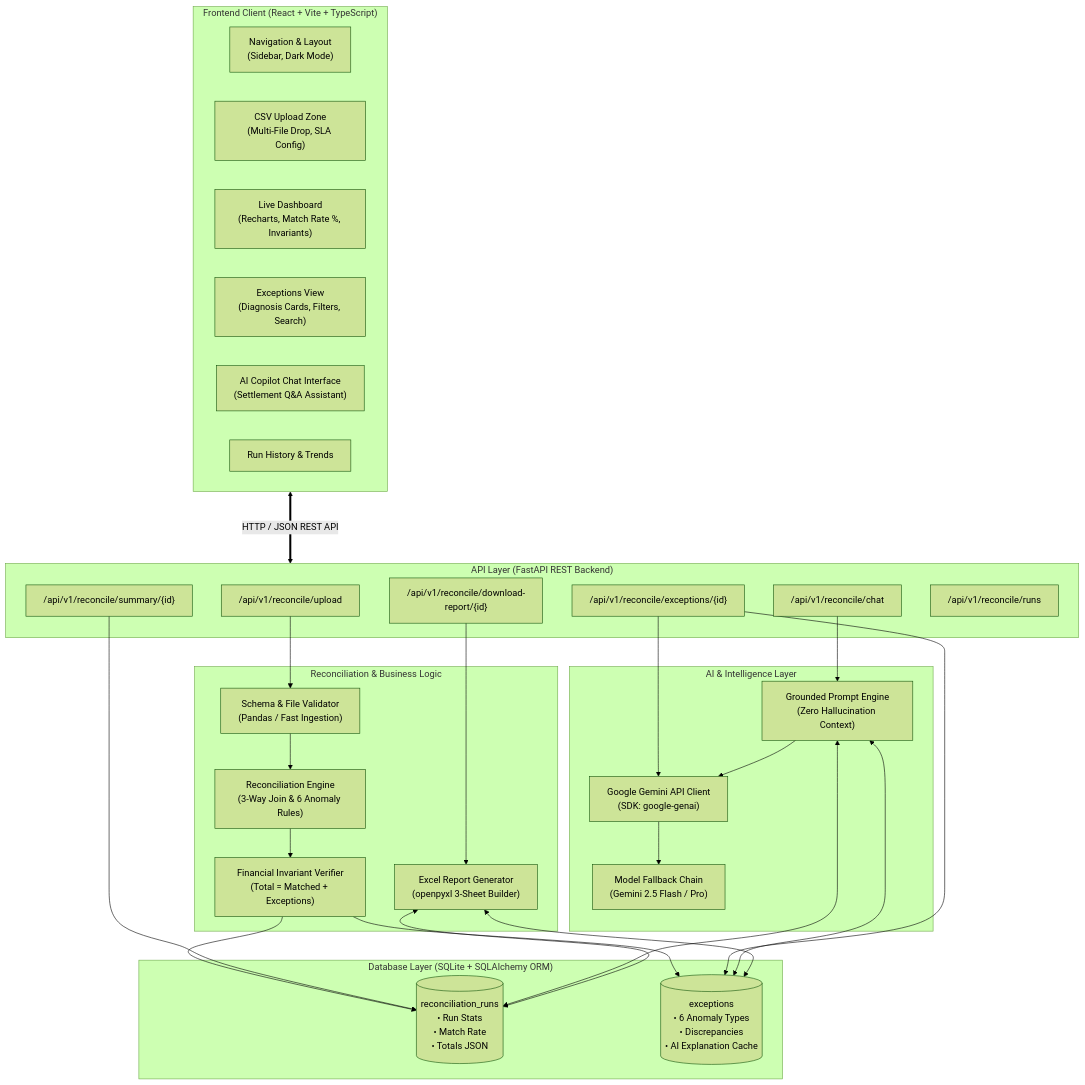
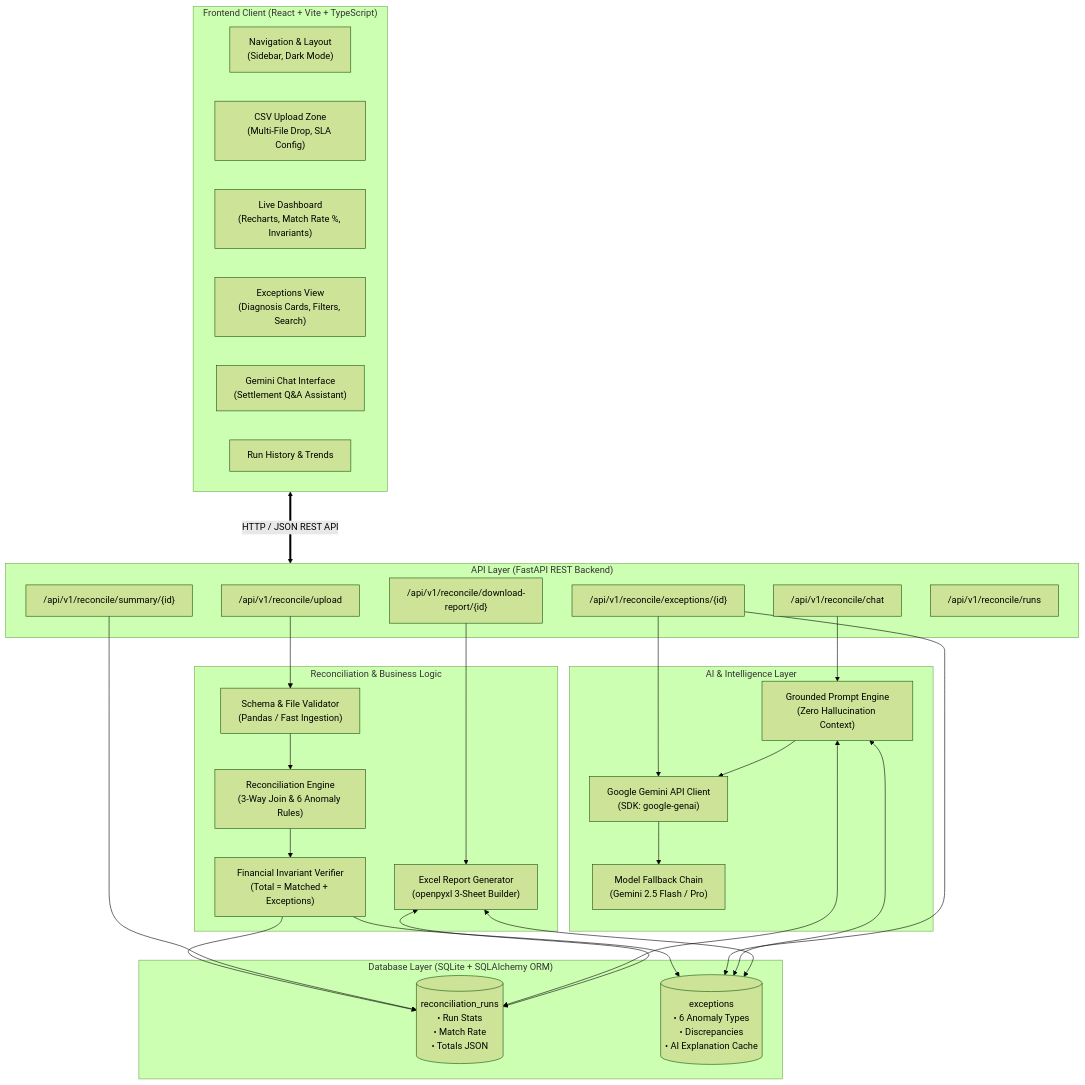
One commit to Sanjay006-28/razorrecon-ai changed the diagram in README.md. Above: the diagram before and after it, drawn with Mermaid (forest theme).

Commit message:
Update architecture diagram label to 'Gemini Chat Interface'

````diff
--- a/README.md
+++ b/README.md
@@ -74,50 +74,50 @@
 ```mermaid
 graph TB
     subgraph CLIENT["Frontend Client (React + Vite + TypeScript)"]
         UI_NAV["Navigation & Layout\n(Sidebar, Dark Mode)"]
         UI_UP["CSV Upload Zone\n(Multi-File Drop, SLA Config)"]
         UI_DASH["Live Dashboard\n(Recharts, Match Rate %, Invariants)"]
         UI_EXC["Exceptions View\n(Diagnosis Cards, Filters, Search)"]
-        UI_CHAT["AI Copilot Chat Interface\n(Settlement Q&A Assistant)"]
+        UI_CHAT["Gemini Chat Interface\n(Settlement Q&A Assistant)"]
         UI_HIST["Run History & Trends"]
     end
 
     subgraph API_GATEWAY["API Layer (FastAPI REST Backend)"]
         ROUTER_UP["/api/v1/reconcile/upload"]
         ROUTER_SUM["/api/v1/reconcile/summary/{id}"]
         ROUTER_EXC["/api/v1/reconcile/exceptions/{id}"]
         ROUTER_CHAT["/api/v1/reconcile/chat"]
         ROUTER_REP["/api/v1/reconcile/download-report/{id}"]
         ROUTER_HIST["/api/v1/reconcile/runs"]
     end
 
     subgraph CORE_ENGINE["Reconciliation & Business Logic"]
         VALIDATOR["Schema & File Validator\n(Pandas / Fast Ingestion)"]
         REC_ENGINE["Reconciliation Engine\n(3-Way Join & 6 Anomaly Rules)"]
         INV_CHECK["Financial Invariant Verifier\n(Total = Matched + Exceptions)"]
         EXCEL_GEN["Excel Report Generator\n(openpyxl 3-Sheet Builder)"]
     end
 
     subgraph PERSISTENCE["Database Layer (SQLite + SQLAlchemy ORM)"]
         DB_RUNS[("reconciliation_runs\n• Run Stats\n• Match Rate\n• Totals JSON")]
         DB_EXCS[("exceptions\n• 6 Anomaly Types\n• Discrepancies\n• AI Explanation Cache")]
     end
 
     subgraph AI_SERVICES["AI & Intelligence Layer"]
         GEMINI_CLIENT["Google Gemini API Client\n(SDK: google-genai)"]
         MODEL_CHAIN["Model Fallback Chain\n(Gemini 2.5 Flash / Pro)"]
         PROMPT_ENG["Grounded Prompt Engine\n(Zero Hallucination Context)"]
     end
 
     CLIENT <===>|HTTP / JSON REST API| API_GATEWAY
     ROUTER_UP --> VALIDATOR --> REC_ENGINE --> INV_CHECK
     INV_CHECK --> DB_RUNS & DB_EXCS
     ROUTER_SUM --> DB_RUNS
     ROUTER_EXC --> DB_EXCS
     ROUTER_EXC --> GEMINI_CLIENT
     ROUTER_CHAT --> PROMPT_ENG --> GEMINI_CLIENT
     PROMPT_ENG <--> DB_RUNS & DB_EXCS
     GEMINI_CLIENT --> MODEL_CHAIN
     ROUTER_REP --> EXCEL_GEN
     EXCEL_GEN <--> DB_RUNS & DB_EXCS
 ```
````
